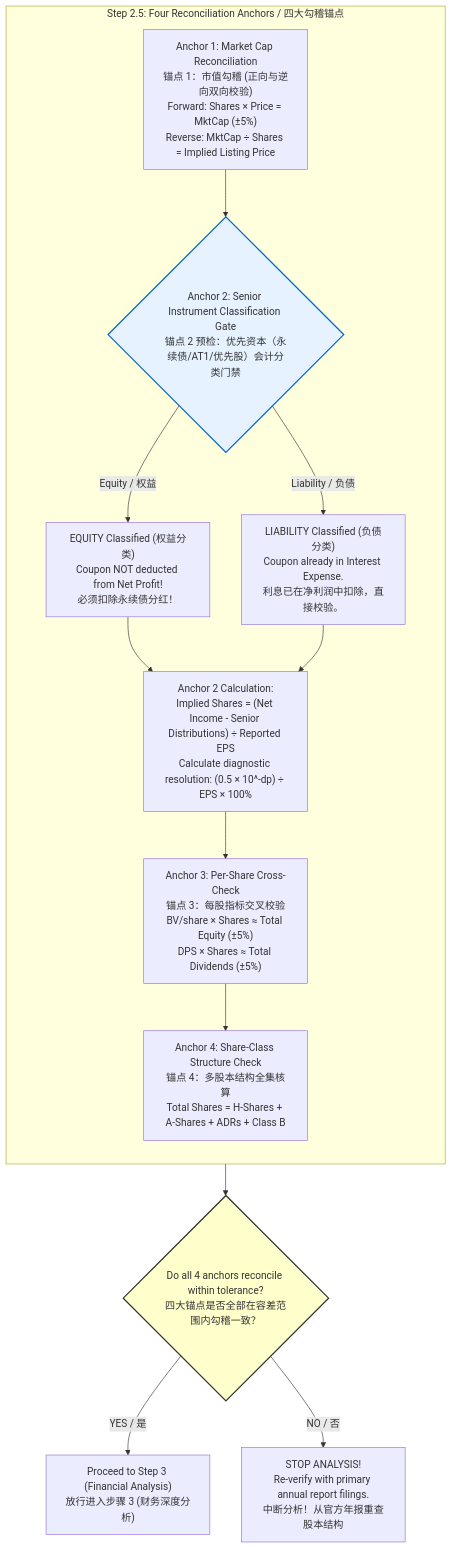
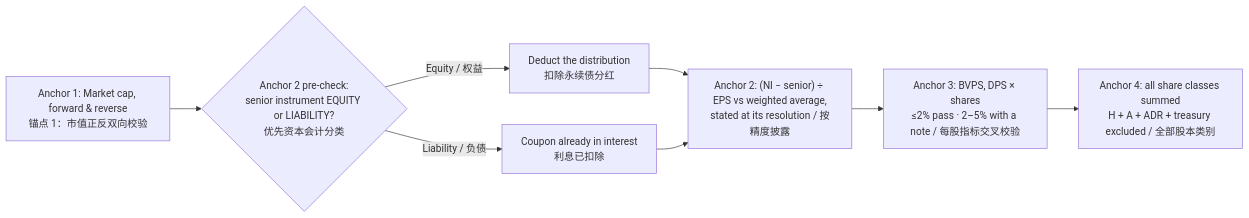
The fourth of 9 diagrams in value_investing_skill_mermaid_architecture.md (mikezhang09-code/value-investment-skills), drawn with Mermaid before and after one commit. The commit also changed other lines of this file and 1 other file, not shown here.

First line of the commit message:
docs: update README and architecture diagrams for the data gate and new valuation method

````diff
--- a/value_investing_skill_mermaid_architecture.md
+++ b/value_investing_skill_mermaid_architecture.md
@@ -110,34 +171,10 @@
 ```mermaid
-flowchart TD
-    subgraph Step_25_Reconciliation ["Step 2.5: Four Reconciliation Anchors / 四大勾稽锚点"]
-        direction TB
-        
-        A1["Anchor 1: Market Cap Reconciliation<br>锚点 1：市值勾稽 (正向与逆向双向校验)<br>Forward: Shares × Price = MktCap (±5%)<br>Reverse: MktCap ÷ Shares = Implied Listing Price"]
-        
-        A2_Gate{"Anchor 2: Senior Instrument Classification Gate<br>锚点 2 预检：优先资本（永续债/AT1/优先股）会计分类门禁"}
-        
-        A2_Equity["EQUITY Classified (权益分类)<br>Coupon NOT deducted from Net Profit!<br>必须扣除永续债分红！"]
-        A2_Liability["LIABILITY Classified (负债分类)<br>Coupon already in Interest Expense.<br>利息已在净利润中扣除，直接校验。"]
-        
-        A2_Calc["Anchor 2 Calculation:<br>Implied Shares = (Net Income - Senior Distributions) ÷ Reported EPS<br>Calculate diagnostic resolution: (0.5 × 10^-dp) ÷ EPS × 100%"]
-
-        A3["Anchor 3: Per-Share Cross-Check<br>锚点 3：每股指标交叉校验<br>BV/share × Shares ≈ Total Equity (±5%)<br>DPS × Shares ≈ Total Dividends (±5%)"]
-
-        A4["Anchor 4: Share-Class Structure Check<br>锚点 4：多股本结构全集核算<br>Total Shares = H-Shares + A-Shares + ADRs + Class B"]
-
-        A1 --> A2_Gate
-        A2_Gate -->|Equity / 权益| A2_Equity
-        A2_Gate -->|Liability / 负债| A2_Liability
-        A2_Equity --> A2_Calc
-        A2_Liability --> A2_Calc
-        A2_Calc --> A3
-        A3 --> A4
-    end
-
-    A4 --> Decision{"Do all 4 anchors reconcile within tolerance?<br>四大锚点是否全部在容差范围内勾稽一致？"}
-    Decision -->|YES / 是| Proceed["Proceed to Step 3 (Financial Analysis)<br>放行进入步骤 3 (财务深度分析)"]
-    Decision -->|NO / 否| Stop["STOP ANALYSIS!<br>Re-verify with primary annual report filings.<br>中断分析！从官方年报重查股本结构"]
-
-    style A2_Gate fill:#e6f2ff,stroke:#0066cc,stroke-width:2px
-    style Decision fill:#ffffcc,stroke:#333,stroke-width:2px
+flowchart LR
+    A1["Anchor 1: Market cap, forward & reverse<br>锚点 1：市值正反双向校验"] --> A2G{"Anchor 2 pre-check:<br>senior instrument EQUITY or LIABILITY?<br>优先资本会计分类"}
+    A2G -->|Equity / 权益| A2E["Deduct the distribution<br>扣除永续债分红"]
+    A2G -->|Liability / 负债| A2L["Coupon already in interest<br>利息已扣除"]
+    A2E --> A2["Anchor 2: (NI − senior) ÷ EPS vs weighted average,<br>stated at its resolution / 按精度披露"]
+    A2L --> A2
+    A2 --> A3["Anchor 3: BVPS, DPS × shares<br>≤2% pass · 2–5% with a note / 每股指标交叉校验"]
+    A3 --> A4["Anchor 4: all share classes summed<br>H + A + ADR + treasury excluded / 全部股本类别"]
 ```
````
